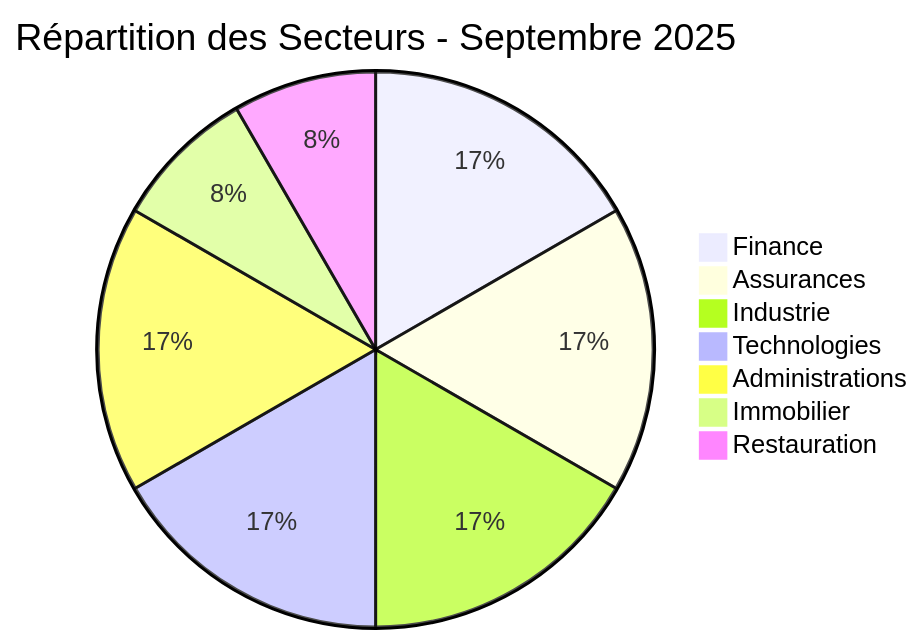
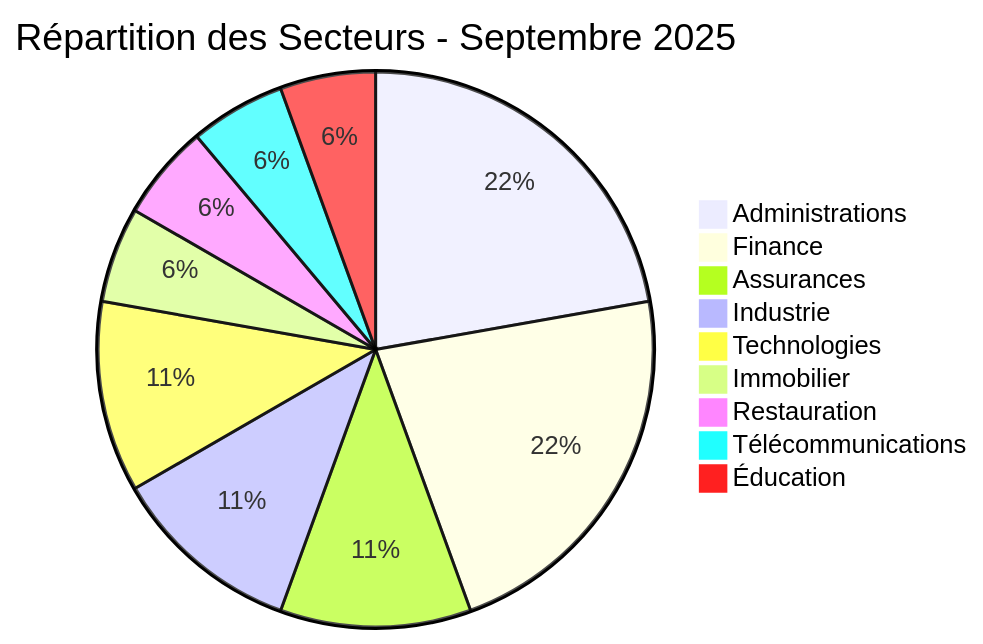
The first of 3 diagrams in CyberAttackAfrica/2025/09-september/README_FR.md (Hatchepsoute/AFRINTEL), drawn with Mermaid before and after one commit. The commit also changed other lines of this file and 255 other files, not shown here.

````diff
--- a/CyberAttackAfrica/2025/09-september/README_FR.md
+++ b/CyberAttackAfrica/2025/09-september/README_FR.md
@@ -59,10 +70,12 @@
 ```mermaid
 pie title Répartition des Secteurs - Septembre 2025
-    "Finance" : 2
+    "Administrations" : 4
+    "Finance" : 4
     "Assurances" : 2
     "Industrie" : 2
     "Technologies" : 2
-    "Administrations" : 2
     "Immobilier" : 1
     "Restauration" : 1
+    "Télécommunications" : 1
+    "Éducation" : 1
 ```
````
